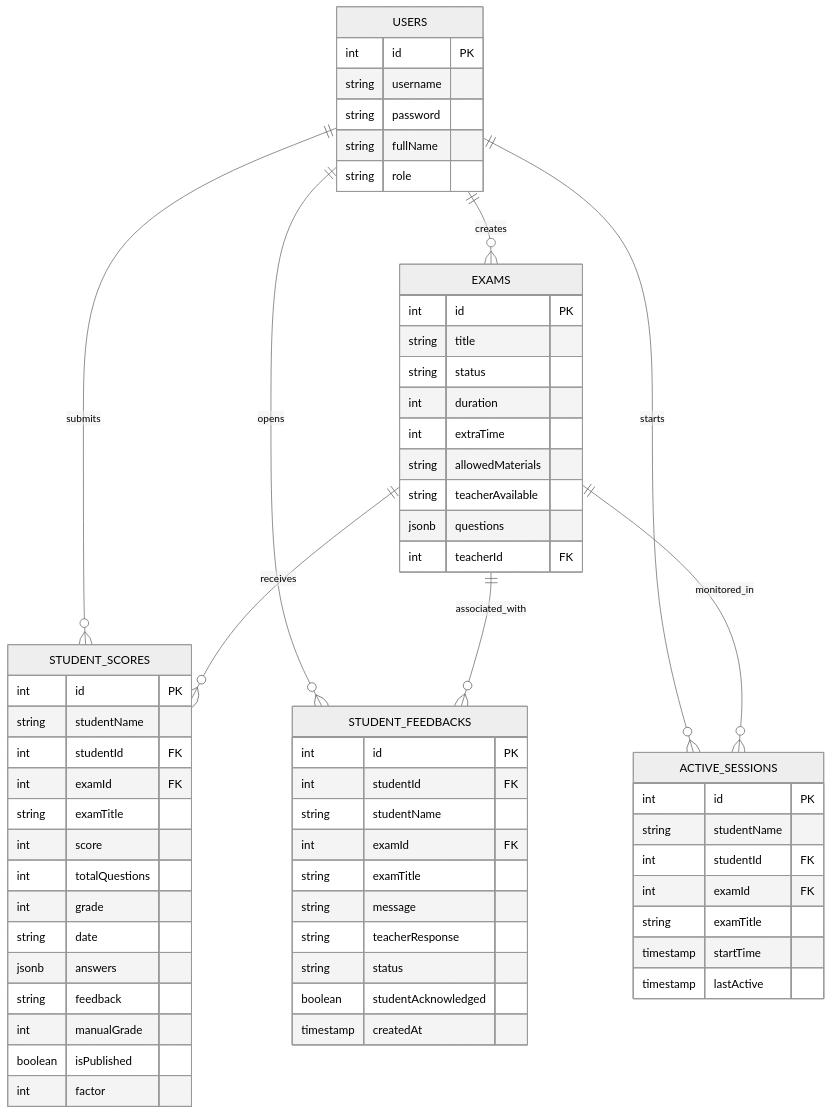
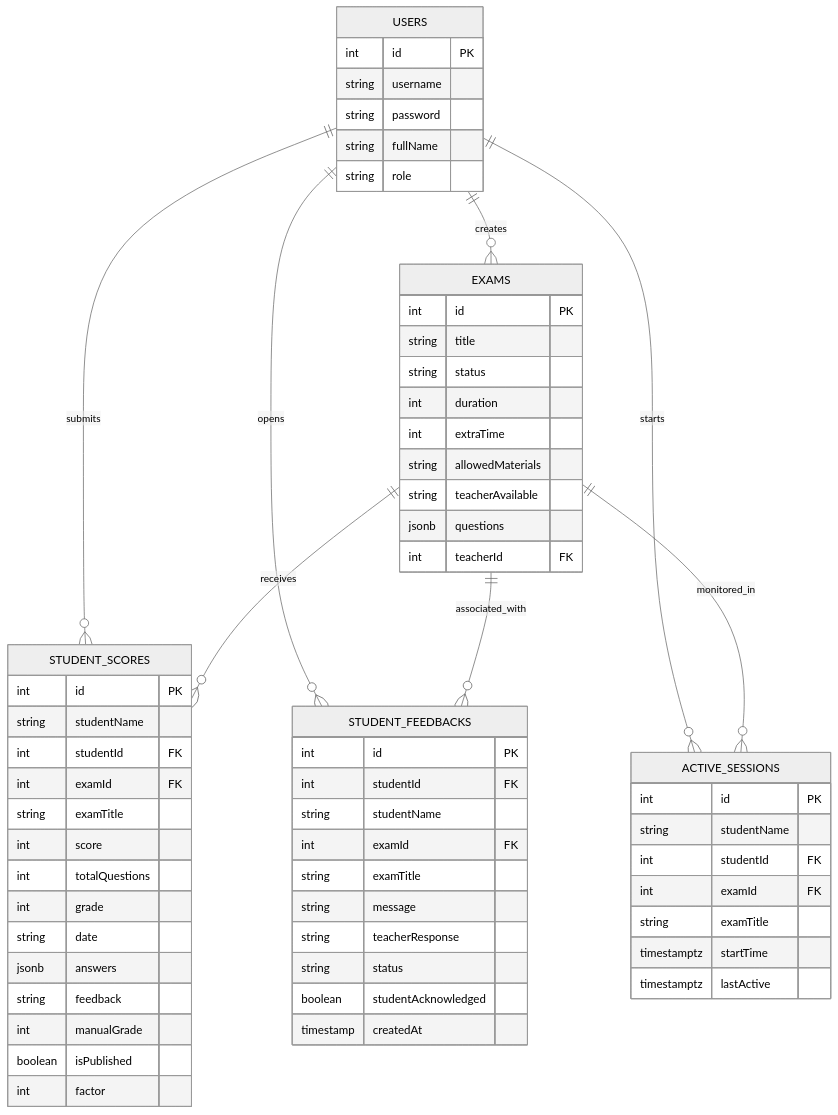
Before and after one commit to shathashams/ExamApp: the second of 2 diagrams in README.md, drawn with Mermaid (neutral theme). The commit also changed other lines of this file and 9 other files, not shown here.

````diff
--- a/README.md
+++ b/README.md
@@ -139,66 +123,66 @@
 ```mermaid
 erDiagram
     USERS {
         int id PK
         string username
         string password
         string fullName
         string role
     }
     EXAMS {
         int id PK
         string title
         string status
         int duration
         int extraTime
         string allowedMaterials
         string teacherAvailable
         jsonb questions
         int teacherId FK
     }
     STUDENT_SCORES {
         int id PK
         string studentName
         int studentId FK
         int examId FK
         string examTitle
         int score
         int totalQuestions
         int grade
         string date
         jsonb answers
         string feedback
         int manualGrade
         boolean isPublished
         int factor
     }
     STUDENT_FEEDBACKS {
         int id PK
         int studentId FK
         string studentName
         int examId FK
         string examTitle
         string message
         string teacherResponse
         string status
         boolean studentAcknowledged
         timestamp createdAt
     }
     ACTIVE_SESSIONS {
         int id PK
         string studentName
         int studentId FK
         int examId FK
         string examTitle
-        timestamp startTime
-        timestamp lastActive
+        timestamptz startTime
+        timestamptz lastActive
     }
 
     USERS ||--o{ EXAMS : "creates"
     USERS ||--o{ STUDENT_SCORES : "submits"
     EXAMS ||--o{ STUDENT_SCORES : "receives"
     USERS ||--o{ STUDENT_FEEDBACKS : "opens"
     EXAMS ||--o{ STUDENT_FEEDBACKS : "associated_with"
     USERS ||--o{ ACTIVE_SESSIONS : "starts"
     EXAMS ||--o{ ACTIVE_SESSIONS : "monitored_in"
 ```
````
